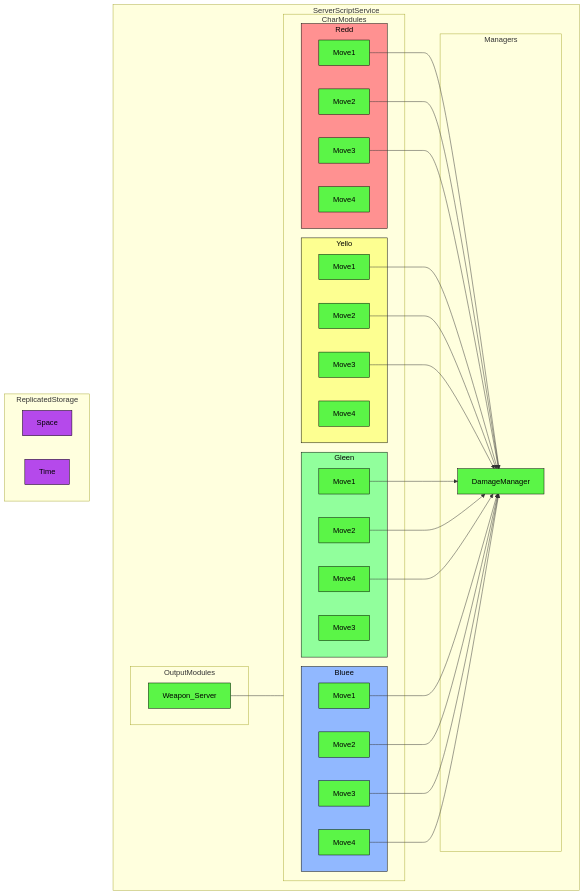
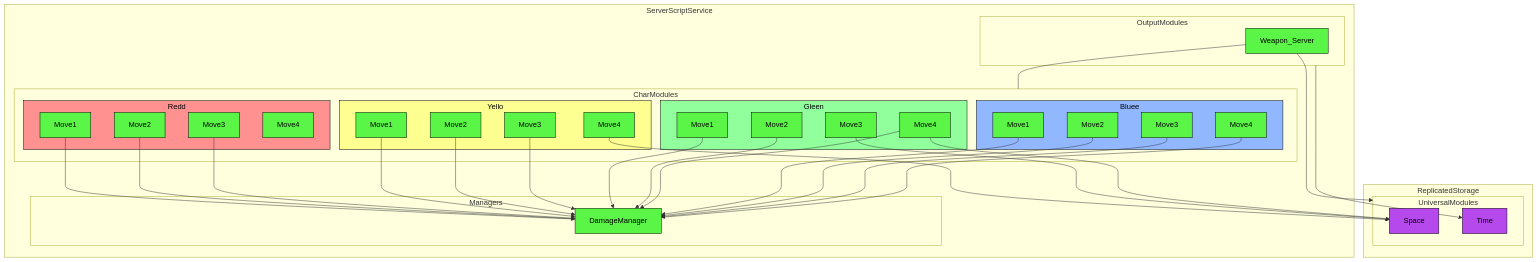
The fifth of 6 diagrams in docs/diagrams.md (altair5607249/Crusaders-Game), drawn with Mermaid before and after one commit. The commit also changed other lines of this file, not shown here.

First line of the commit message:
Update diagrams.md

````diff
--- a/docs/diagrams.md
+++ b/docs/diagrams.md
@@ -263,65 +273,74 @@
 ```mermaid
 flowchart TB;
 
   classDef serverNode fill:#5bf547,stroke:#000000,color:#000000
   classDef clientNode fill:#42a1f5,stroke:#000000,color:#000000
   classDef universalNode fill:#b549eb,stroke:#000000,color:#000000
 
   classDef redNode fill:#ff9191,stroke:#000000,color:#000000
   classDef yellowNode fill:#fdff91,stroke:#000000,color:#000000
   classDef greenNode fill:#91ff9c,stroke:#000000,color:#000000
   classDef blueNode fill:#91b8ff,stroke:#000000,color:#000000
 
   subgraph ServerScriptService
     subgraph Managers
       DamageManager;
     end
 
     subgraph OutputModules
       Weapon_Server;
     end
 
     Weapon_Server---CharModules
 
     subgraph CharModules
       subgraph Redd
         Q["Move1"]-->DamageManager;
         R["Move2"]-->DamageManager;
         S["Move3"]-->DamageManager;
         T["Move4"];
       end 
       subgraph Yello
         U["Move1"]-->DamageManager;
         V["Move2"]-->DamageManager;
         W["Move3"]-->DamageManager;
         X["Move4"];
       end 
       subgraph Gleen
         Y["Move1"]-->DamageManager;
         Z["Move2"]-->DamageManager;
         a["Move3"];
         b["Move4"]-->DamageManager;
         end 
       subgraph Bluee
         c["Move1"]-->DamageManager;
         d["Move2"]-->DamageManager;
         e["Move3"]-->DamageManager;
         f["Move4"]-->DamageManager;
       end 
     end
   end
 
   subgraph ReplicatedStorage
-    Space;
-    Time;
+    subgraph UniversalModules
+      Space;
+      Time;
+    end
   end
 
+  Weapon_Server-->UniversalModules;
+  OutputModules-->Time;
+
+  X-->Space;
+  a-->Space;
+  b-->Space;
+  
   class ModuleLoader,M1_Server,Bare_Server,Weapon_Server,MovementManager,DamageManager,Q,R,S,T,U,V,W,X,Y,Z,a,b,c,d,e,f,KnockbackManager,StunManager serverNode;
   class ModuleLoader2,Player-Input,M1_Client,Sol_Client,Movement,KnockbackHandler clientNode;
   class Space,Time universalNode;
 
   class Redd redNode;
   class Yello yellowNode;
   class Gleen greenNode;
   class Bluee blueNode;
 ```
````
